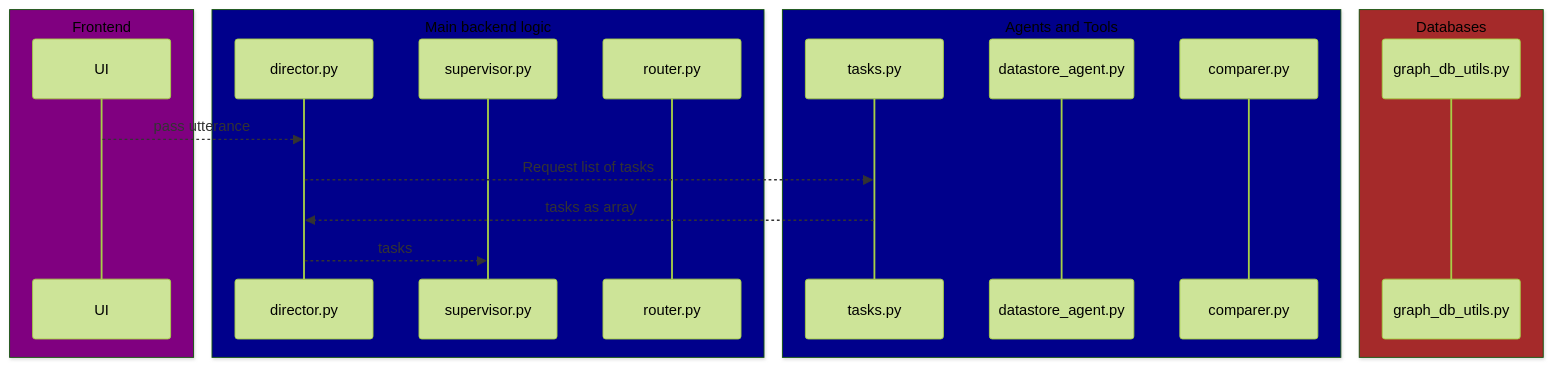
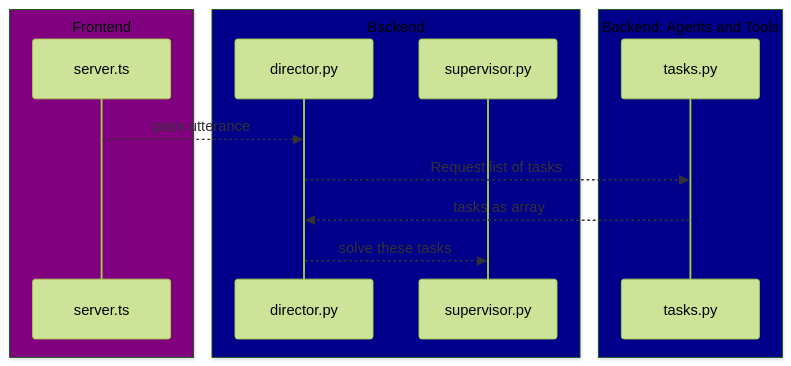
The second of 5 diagrams in assets/sum-my-subscriptions/happy_flows_sum_my_subs_python_modules.md (WaitThatShouldntWork/InferGPT), drawn with Mermaid (forest theme) before and after one commit. The commit also changed other lines of this file and 1 other file, not shown here.

Commit message:
Make python modules explicit in diagram

````diff
--- a/assets/sum-my-subscriptions/happy_flows_sum_my_subs_python_modules.md
+++ b/assets/sum-my-subscriptions/happy_flows_sum_my_subs_python_modules.md
@@ -11,23 +11,17 @@
 ```mermaid
 sequenceDiagram
     box Purple Frontend
-    participant UI
+    participant server.ts
     end
-    box DarkBlue Main backend logic
+    box DarkBlue Backend
     participant director.py
     participant supervisor.py
-    participant router.py
     end
-    box DarkBlue Agents and Tools
+    box DarkBlue Backend: Agents and Tools
     participant tasks.py
-    participant datastore_agent.py
-    participant comparer.py
     end
-    box Brown Databases
-    participant graph_db_utils.py
-    end
-    UI -->> director.py: pass utterance
+    server.ts -->> director.py: pass utterance
     director.py -->> tasks.py: Request list of tasks
     tasks.py -->> director.py: tasks as array
-    director.py -->> supervisor.py: tasks
+    director.py -->> supervisor.py: solve these tasks
 ```
````
